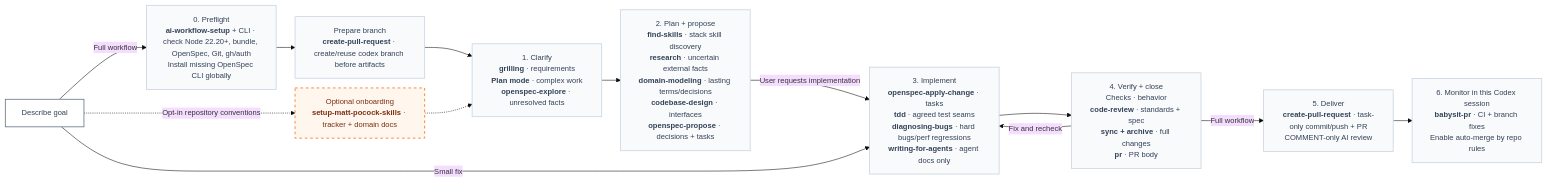
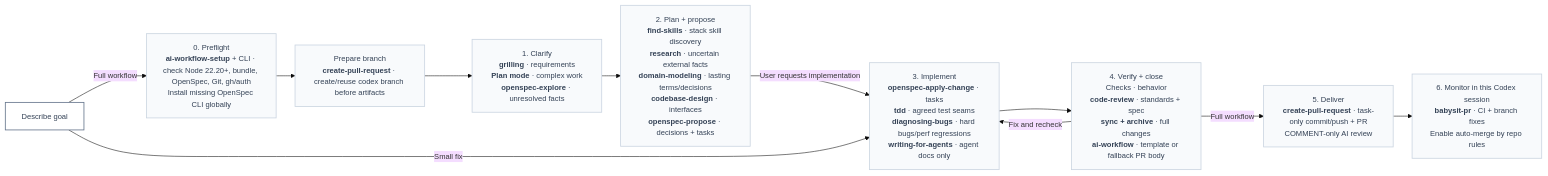
The first of 2 diagrams in README.md (shuaibilx/AI-workflow-coding), drawn with Mermaid before and after one commit. The commit also changed other lines of this file and 36 other files, not shown here.

Commit message:
feat!: streamline bundled workflow skills

````diff
--- a/README.md
+++ b/README.md
@@ -33,19 +33,16 @@
 ```mermaid
 %%{init: {"theme":"base","themeVariables":{"fontSize":"14px"},"flowchart":{"nodeSpacing":18,"rankSpacing":35,"wrappingWidth":180}}}%%
 flowchart LR
     G[Describe goal]:::start -->|Full workflow| S["0. Preflight<br/><span style='color:#174ea6'><b>ai-workflow-setup</b></span> + CLI · check Node 22.20+, bundle, OpenSpec, Git, gh/auth<br/>Install missing OpenSpec CLI globally"]:::stage
     S --> B["Prepare branch<br/><span style='color:#174ea6'><b>create-pull-request</b></span> · create/reuse codex branch before artifacts"]:::stage
     B --> C["1. Clarify<br/><span style='color:#174ea6'><b>grilling</b></span> · requirements<br/><span style='color:#174ea6'><b>Plan mode</b></span> · complex work<br/><span style='color:#174ea6'><b>openspec-explore</b></span> · unresolved facts"]:::stage
     C --> P["2. Plan + propose<br/><span style='color:#174ea6'><b>find-skills</b></span> · stack skill discovery<br/><span style='color:#174ea6'><b>research</b></span> · uncertain external facts<br/><span style='color:#174ea6'><b>domain-modeling</b></span> · lasting terms/decisions<br/><span style='color:#174ea6'><b>codebase-design</b></span> · interfaces<br/><span style='color:#174ea6'><b>openspec-propose</b></span> · decisions + tasks"]:::stage
     P -->|User requests implementation| I["3. Implement<br/><span style='color:#174ea6'><b>openspec-apply-change</b></span> · tasks<br/><span style='color:#174ea6'><b>tdd</b></span> · agreed test seams<br/><span style='color:#174ea6'><b>diagnosing-bugs</b></span> · hard bugs/perf regressions<br/><span style='color:#174ea6'><b>writing-for-agents</b></span> · agent docs only"]:::stage
-    I --> V["4. Verify + close<br/>Checks · behavior<br/><span style='color:#174ea6'><b>code-review</b></span> · standards + spec<br/><span style='color:#174ea6'><b>sync + archive</b></span> · full changes<br/><span style='color:#174ea6'><b>pr</b></span> · PR body"]:::stage
+    I --> V["4. Verify + close<br/>Checks · behavior<br/><span style='color:#174ea6'><b>code-review</b></span> · standards + spec<br/><span style='color:#174ea6'><b>sync + archive</b></span> · full changes<br/><span style='color:#174ea6'><b>ai-workflow</b></span> · template or fallback PR body"]:::stage
     G -->|Small fix| I
     V -->|Fix and recheck| I
     V -->|Full workflow| D["5. Deliver<br/><span style='color:#174ea6'><b>create-pull-request</b></span> · task-only commit/push + PR<br/>COMMENT-only AI review"]:::stage
     D --> M["6. Monitor in this Codex session<br/><span style='color:#174ea6'><b>babysit-pr</b></span> · CI + branch fixes<br/>Enable auto-merge by repo rules"]:::stage
-    G -.->|Opt-in repository conventions| R["Optional onboarding<br/><span style='color:#174ea6'><b>setup-matt-pocock-skills</b></span> · tracker + domain docs"]:::optional
-    R -.-> C
     classDef start fill:#ffffff,stroke:#64748b,color:#334155,stroke-width:1.5px
     classDef stage fill:#f8fafc,stroke:#cbd5e1,color:#334155,stroke-width:1.5px
-    classDef optional fill:#fff7ed,stroke:#f97316,color:#7c2d12,stroke-width:1.5px,stroke-dasharray:5 5
 ```
````
